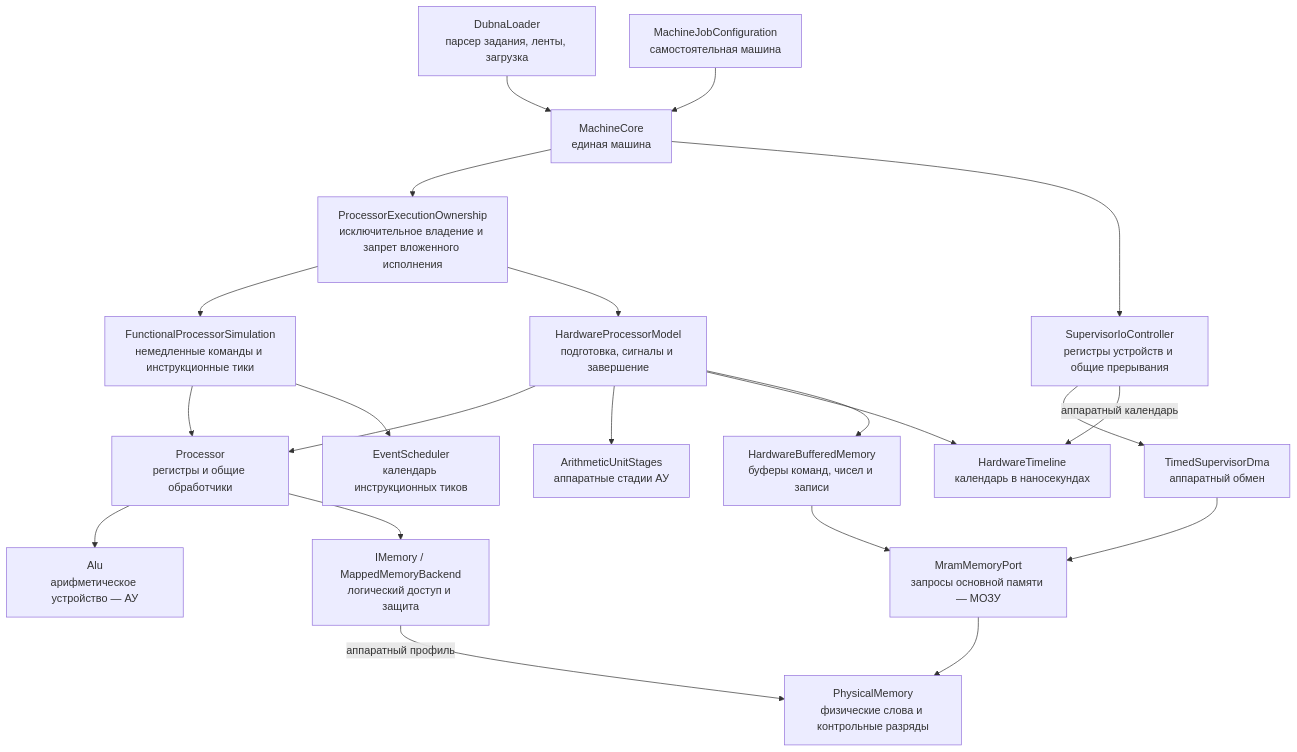
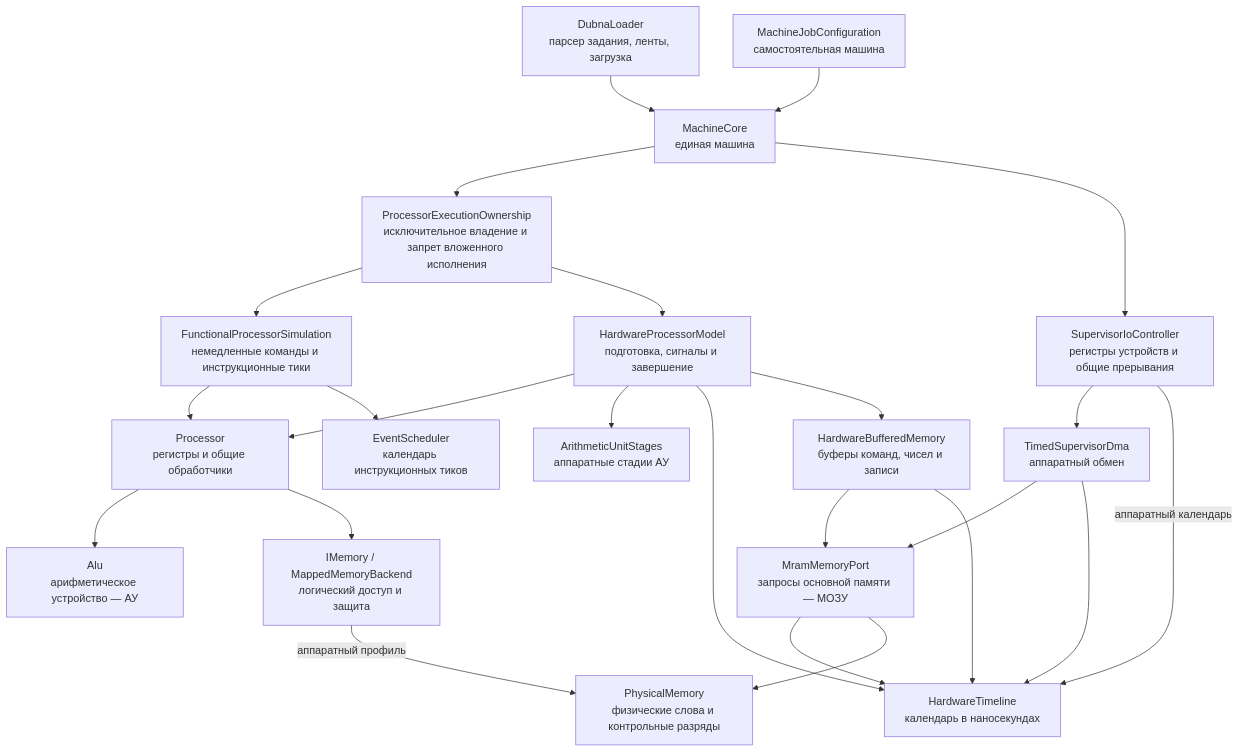
Before and after one commit to EntityFX/besm6.net: the second of 4 diagrams in ARCHITECTURE.md, drawn with Mermaid. The commit also changed other lines of this file and 3 other files, not shown here.

Commit message:
Validate architecture diagrams and document dependency contracts

````diff
--- a/ARCHITECTURE.md
+++ b/ARCHITECTURE.md
@@ -46,23 +50,26 @@
 ```mermaid
 flowchart TB
     Loader["DubnaLoader<br/>парсер задания, ленты, загрузка"] --> Machine["MachineCore<br/>единая машина"]
     Standalone["MachineJobConfiguration<br/>самостоятельная машина"] --> Machine
     Machine --> Ownership["ProcessorExecutionOwnership<br/>исключительное владение и запрет вложенного исполнения"]
     Ownership --> Functional["FunctionalProcessorSimulation<br/>немедленные команды и инструкционные тики"]
     Ownership --> Hardware["HardwareProcessorModel<br/>подготовка, сигналы и завершение"]
     Functional --> CPU["Processor<br/>регистры и общие обработчики"]
     Hardware --> CPU
     CPU --> ALU["Alu<br/>арифметическое устройство — АУ"]
     CPU --> Memory["IMemory / MappedMemoryBackend<br/>логический доступ и защита"]
     Hardware --> Stages["ArithmeticUnitStages<br/>аппаратные стадии АУ"]
     Hardware --> Timeline["HardwareTimeline<br/>календарь в наносекундах"]
     Hardware --> Buffers["HardwareBufferedMemory<br/>буферы команд, чисел и записи"]
     Buffers --> Port["MramMemoryPort<br/>запросы основной памяти — МОЗУ"]
+    Buffers --> Timeline
+    Port --> Timeline
     Port --> Physical["PhysicalMemory<br/>физические слова и контрольные разряды"]
     Memory -->|аппаратный профиль| Physical
     Machine --> IO["SupervisorIoController<br/>регистры устройств и общие прерывания"]
     IO --> DMA["TimedSupervisorDma<br/>аппаратный обмен"]
     DMA --> Port
+    DMA --> Timeline
     IO -->|аппаратный календарь| Timeline
     Functional --> Scheduler["EventScheduler<br/>календарь инструкционных тиков"]
 ```
````
